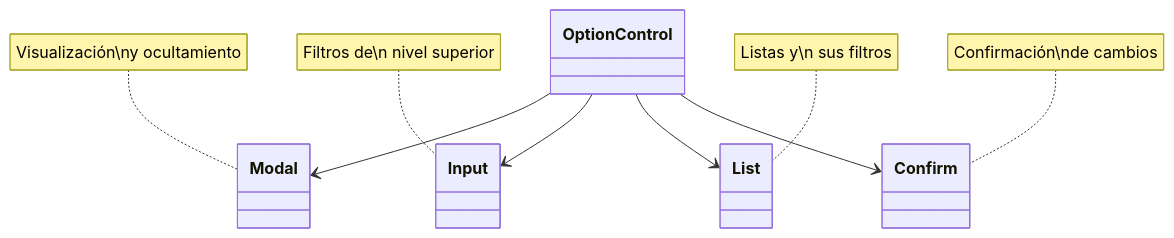
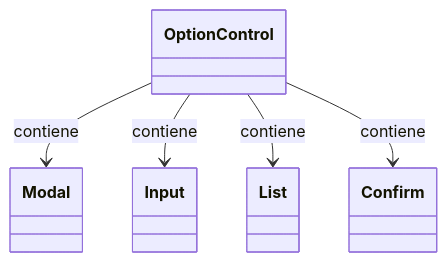
Before and after one commit to rodrigodomingorena/para-el-readme: the second of 2 diagrams in README.md, drawn with Mermaid. The commit also changed other lines of this file, not shown here.

````diff
--- a/README.md
+++ b/README.md
@@ -242,13 +242,8 @@
    ```mermaid
       classDiagram
          direction TB
-         OptionControl --> Modal
-         OptionControl --> Input
-         OptionControl --> List
-         OptionControl --> Confirm
-
-         note for Modal "Visualización\ny ocultamiento"
-         note for Input "Filtros de\n nivel superior"
-         note for List "Listas y\n sus filtros"
-         note for Confirm "Confirmación\nde cambios"
+         OptionControl --> Modal : contiene
+         OptionControl --> Input : contiene
+         OptionControl --> List : contiene
+         OptionControl --> Confirm : contiene
    ```
````
